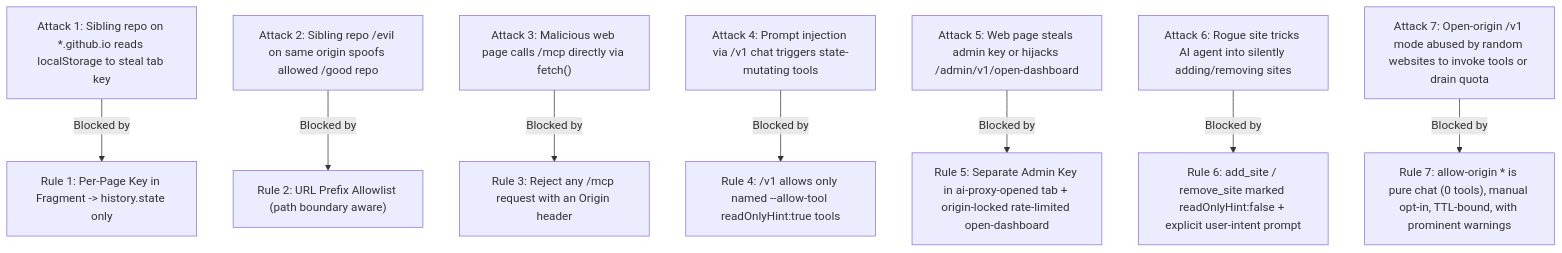
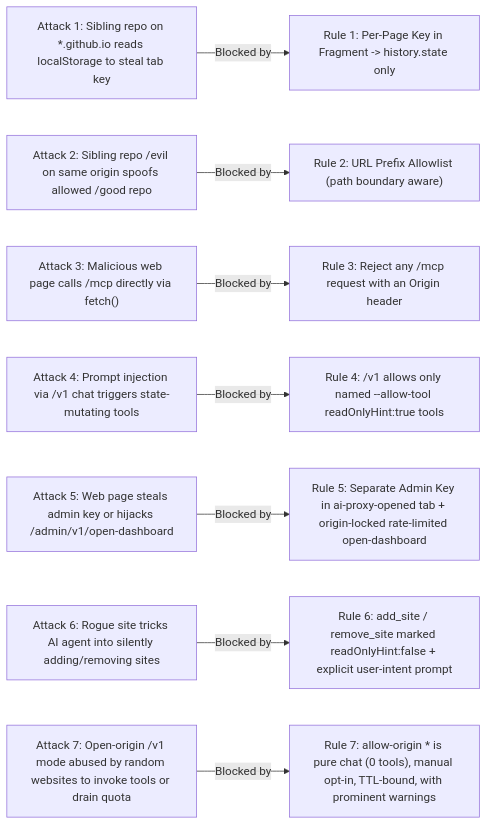
Before and after one commit to yongjhih/ai-proxy: the diagram in docs/security.md, drawn with Mermaid. The commit also changed 63 other files, not shown here.

Commit message:
feat(site): fix dark-mode Mermaid diagrams, use short URLs, and add covpages coverage report

````diff
--- a/docs/security.md
+++ b/docs/security.md
@@ -17,10 +17,10 @@
 ```mermaid
-flowchart TD
+flowchart LR
   A1["Attack 1: Sibling repo on *.github.io reads localStorage to steal tab key"] -->|Blocked by| R1["Rule 1: Per-Page Key in Fragment -> history.state only"]
   A2["Attack 2: Sibling repo /evil on same origin spoofs allowed /good repo"] -->|Blocked by| R2["Rule 2: URL Prefix Allowlist (path boundary aware)"]
   A3["Attack 3: Malicious web page calls /mcp directly via fetch()"] -->|Blocked by| R3["Rule 3: Reject any /mcp request with an Origin header"]
   A4["Attack 4: Prompt injection via /v1 chat triggers state-mutating tools"] -->|Blocked by| R4["Rule 4: /v1 allows only named --allow-tool readOnlyHint:true tools"]
   A5["Attack 5: Web page steals admin key or hijacks /admin/v1/open-dashboard"] -->|Blocked by| R5["Rule 5: Separate Admin Key in ai-proxy-opened tab + origin-locked rate-limited open-dashboard"]
   A6["Attack 6: Rogue site tricks AI agent into silently adding/removing sites"] -->|Blocked by| R6["Rule 6: add_site / remove_site marked readOnlyHint:false + explicit user-intent prompt"]
   A7["Attack 7: Open-origin /v1 mode abused by random websites to invoke tools or drain quota"] -->|Blocked by| R7["Rule 7: allow-origin * is pure chat (0 tools), manual opt-in, TTL-bound, with prominent warnings"]
 ```
````
